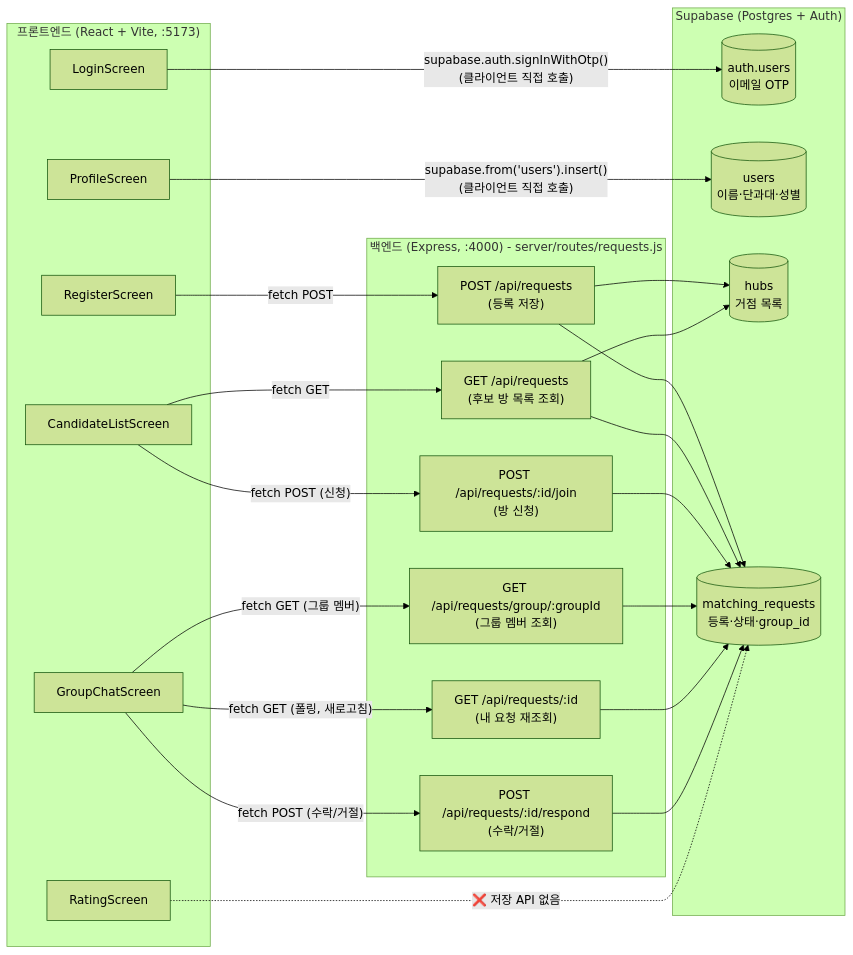
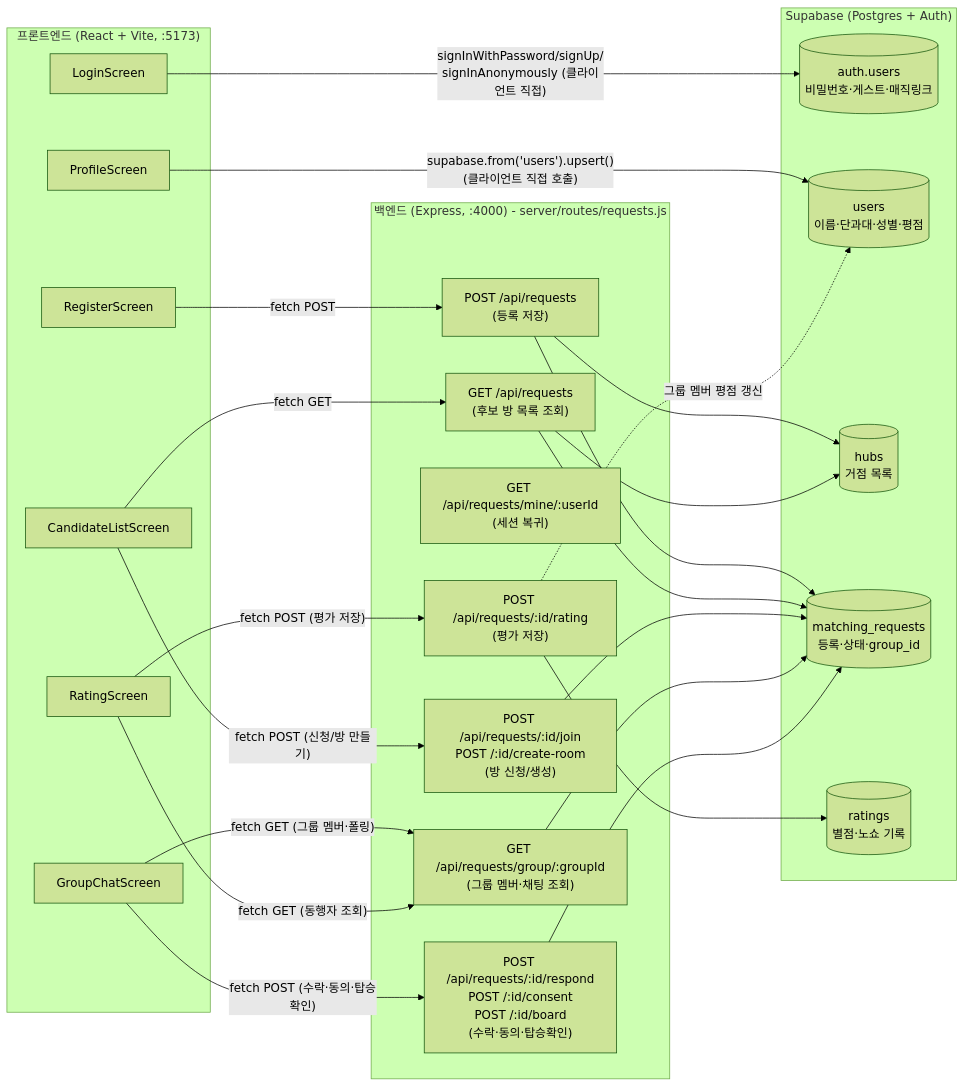
One commit to Mureung1/hub-showcase changed the diagram in README.md. Above: the diagram before and after it, drawn with Mermaid (forest theme). The commit also changed other lines of this file and 1 other file, not shown here.

Commit message:
docs: README 아키텍처 다이어그램 최신화 + .env.example에 CLIENT_ORIGIN 추가
README의 데이터 흐름 다이어그램이 예전 OTP 로그인 방식과 평가 미저장
상태를 그대로 그리고 있어 최신 코드와 어긋나 있었음. 실제 인증 방식
(비밀번호/게스트)과 평가 저장 흐름을 반영해 갱신. server/.env.example엔
실제로 쓰이는 CLIENT_ORIGIN이 빠져 있어 추가(오늘 겪은 CORS 장애의
원인 중 하나였음).

````diff
--- a/README.md
+++ b/README.md
@@ -13,50 +13,53 @@
 ```mermaid
 flowchart LR
     subgraph FE["프론트엔드 (React + Vite, :5173)"]
         Login[LoginScreen]
         Profile[ProfileScreen]
         Register[RegisterScreen]
         Candidates[CandidateListScreen]
         Chat[GroupChatScreen]
         Rating[RatingScreen]
     end
 
     subgraph BE["백엔드 (Express, :4000) - server/routes/requests.js"]
         R1["POST /api/requests<br/>(등록 저장)"]
         R2["GET /api/requests<br/>(후보 방 목록 조회)"]
-        R3["GET /api/requests/:id<br/>(내 요청 재조회)"]
-        R4["POST /api/requests/:id/join<br/>(방 신청)"]
-        R5["POST /api/requests/:id/respond<br/>(수락/거절)"]
-        R6["GET /api/requests/group/:groupId<br/>(그룹 멤버 조회)"]
+        R3["GET /api/requests/mine/:userId<br/>(세션 복귀)"]
+        R4["POST /api/requests/:id/join<br/>POST /:id/create-room<br/>(방 신청/생성)"]
+        R5["POST /api/requests/:id/respond<br/>POST /:id/consent<br/>POST /:id/board<br/>(수락·동의·탑승확인)"]
+        R6["GET /api/requests/group/:groupId<br/>(그룹 멤버·채팅 조회)"]
+        R7["POST /api/requests/:id/rating<br/>(평가 저장)"]
     end
 
     subgraph DB["Supabase (Postgres + Auth)"]
-        Auth[(auth.users<br/>이메일 OTP)]
-        Users[(users<br/>이름·단과대·성별)]
+        Auth[(auth.users<br/>비밀번호·게스트·매직링크)]
+        Users[(users<br/>이름·단과대·성별·평점)]
         Hubs[(hubs<br/>거점 목록)]
         MR[(matching_requests<br/>등록·상태·group_id)]
+        Ratings[(ratings<br/>별점·노쇼 기록)]
     end
 
-    Login -- "supabase.auth.signInWithOtp()<br/>(클라이언트 직접 호출)" --> Auth
-    Profile -- "supabase.from('users').insert()<br/>(클라이언트 직접 호출)" --> Users
+    Login -- "signInWithPassword/signUp/<br/>signInAnonymously (클라이언트 직접)" --> Auth
+    Profile -- "supabase.from('users').upsert()<br/>(클라이언트 직접 호출)" --> Users
 
     Register -- "fetch POST" --> R1
     R1 --> Hubs
     R1 --> MR
 
     Candidates -- "fetch GET" --> R2
     R2 --> Hubs
     R2 --> MR
 
-    Candidates -- "fetch POST (신청)" --> R4
+    Candidates -- "fetch POST (신청/방 만들기)" --> R4
     R4 --> MR
 
-    Chat -- "fetch GET (그룹 멤버)" --> R6
+    Chat -- "fetch GET (그룹 멤버·폴링)" --> R6
     R6 --> MR
-    Chat -- "fetch GET (폴링, 새로고침)" --> R3
-    R3 --> MR
-    Chat -- "fetch POST (수락/거절)" --> R5
+    Chat -- "fetch POST (수락·동의·탑승확인)" --> R5
     R5 --> MR
 
-    Rating -.->|"❌ 저장 API 없음"| MR
+    Rating -- "fetch GET (동행자 조회)" --> R6
+    Rating -- "fetch POST (평가 저장)" --> R7
+    R7 --> Ratings
+    R7 -.->|"그룹 멤버 평점 갱신"| Users
 ```
````
